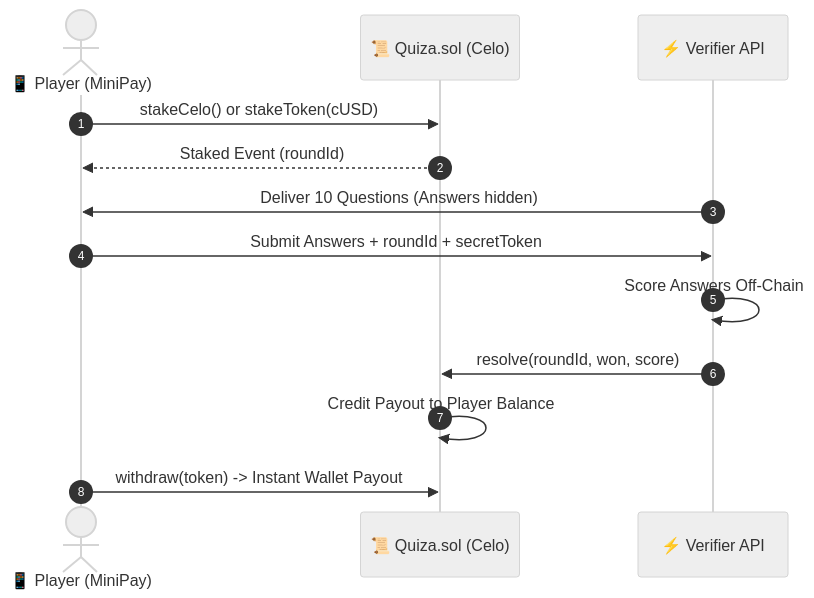
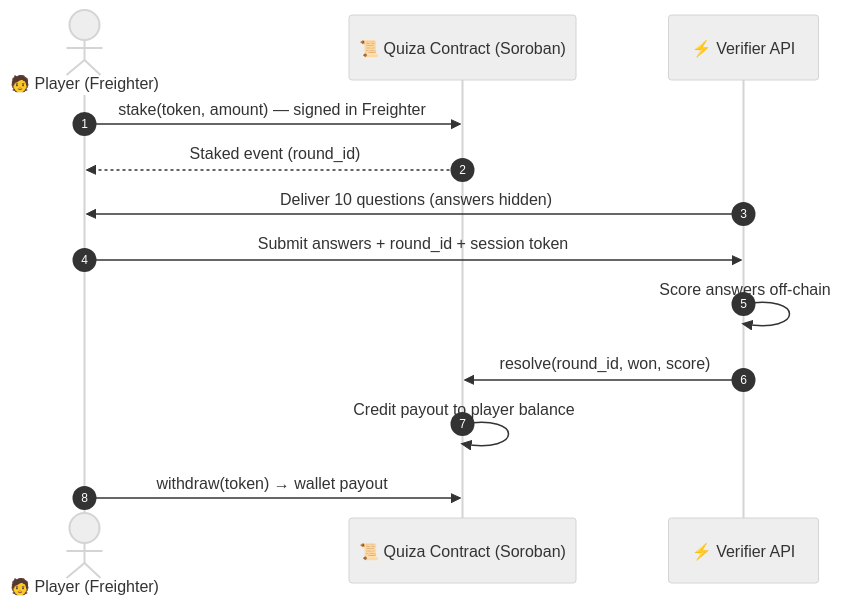
One commit to jotel-dev/Quiza changed the diagram in README.md. Above: the diagram before and after it, drawn with Mermaid (neutral theme). The commit also changed other lines of this file and 72 other files, not shown here.

Commit message:
feat(stellar): migrate smart contract to Soroban and implement Fastify backend with challenge authentication

````diff
--- a/README.md
+++ b/README.md
@@ -40,16 +47,16 @@
 ```mermaid
 sequenceDiagram
     autonumber
-    actor Player as 📱 Player (MiniPay)
-    participant Contract as 📜 Quiza.sol (Celo)
+    actor Player as 🧑 Player (Freighter)
+    participant Contract as 📜 Quiza Contract (Soroban)
     participant Backend as ⚡ Verifier API
-    
-    Player->>Contract: stakeCelo() or stakeToken(cUSD)
-    Contract-->>Player: Staked Event (roundId)
-    Backend->>Player: Deliver 10 Questions (Answers hidden)
-    Player->>Backend: Submit Answers + roundId + secretToken
-    Backend->>Backend: Score Answers Off-Chain
-    Backend->>Contract: resolve(roundId, won, score)
-    Contract->>Contract: Credit Payout to Player Balance
-    Player->>Contract: withdraw(token) -> Instant Wallet Payout
+
+    Player->>Contract: stake(token, amount) — signed in Freighter
+    Contract-->>Player: Staked event (round_id)
+    Backend->>Player: Deliver 10 questions (answers hidden)
+    Player->>Backend: Submit answers + round_id + session token
+    Backend->>Backend: Score answers off-chain
+    Backend->>Contract: resolve(round_id, won, score)
+    Contract->>Contract: Credit payout to player balance
+    Player->>Contract: withdraw(token) → wallet payout
 ```
````
